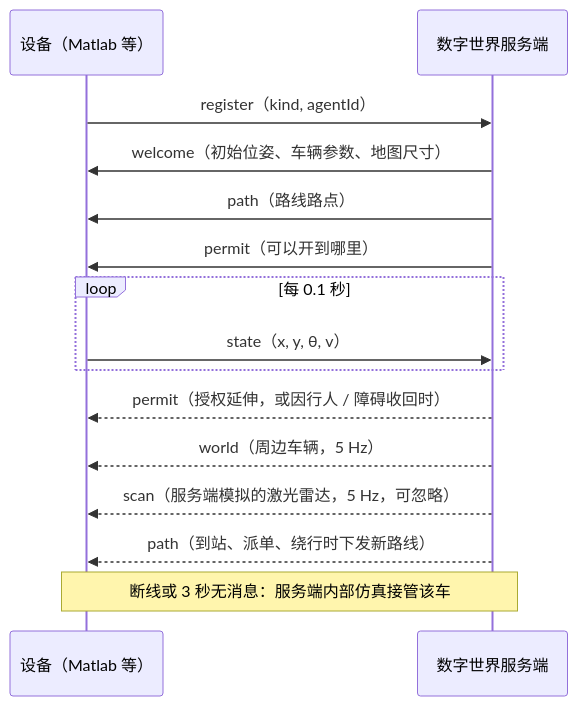
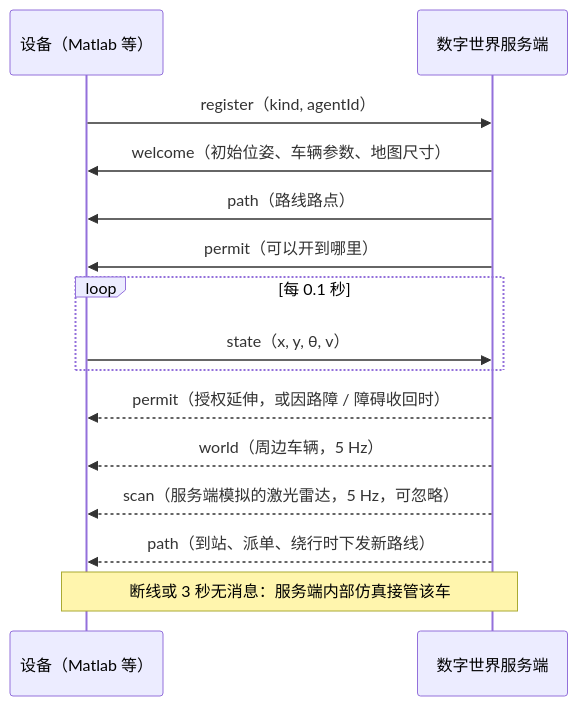
The diagram in docs/protocol.md (fuzeliang1/ZongC), drawn with Mermaid before and after one commit. The commit also changed other lines of this file and 113 other files, not shown here.

````diff
--- a/docs/protocol.md
+++ b/docs/protocol.md
@@ -38,17 +38,17 @@
 ```mermaid
 sequenceDiagram
     participant D as 设备（Matlab 等）
     participant S as 数字世界服务端
     D->>S: register（kind, agentId）
     S->>D: welcome（初始位姿、车辆参数、地图尺寸）
     S->>D: path（路线路点）
     S->>D: permit（可以开到哪里）
     loop 每 0.1 秒
         D->>S: state（x, y, θ, v）
     end
-    S-->>D: permit（授权延伸，或因行人 / 障碍收回时）
+    S-->>D: permit（授权延伸，或因路障 / 障碍收回时）
     S-->>D: world（周边车辆，5 Hz）
     S-->>D: scan（服务端模拟的激光雷达，5 Hz，可忽略）
     S-->>D: path（到站、派单、绕行时下发新路线）
     Note over D,S: 断线或 3 秒无消息：服务端内部仿真接管该车
 ```
````
